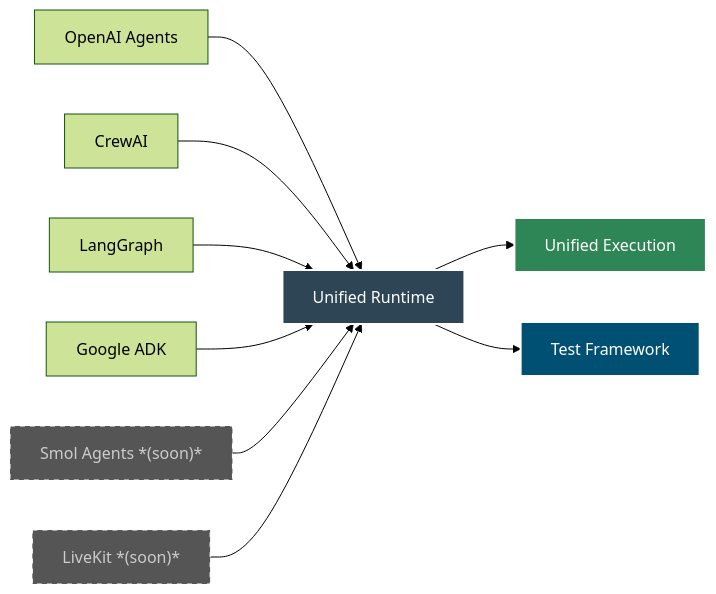
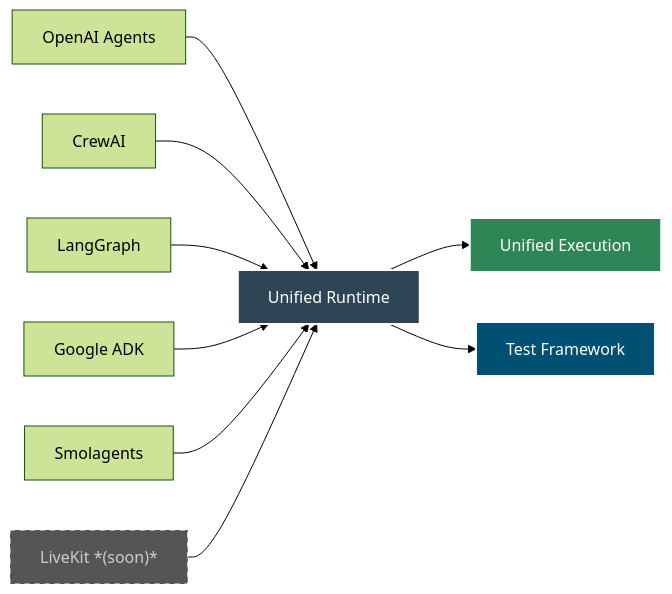
The first of 2 diagrams in docs/docs/intro.md (yaalalabs/agent-kernel), drawn with Mermaid (forest theme) before and after one commit. The commit also changed other lines of this file and 41 other files, not shown here.

````diff
--- a/docs/docs/intro.md
+++ b/docs/docs/intro.md
@@ -29,21 +31,20 @@
 ```mermaid
 ---
 config:
   layout: dagre
 ---
 flowchart LR
     B["Unified Runtime"] --> A["Unified Execution"]
     C["OpenAI Agents"] --> B
     D["CrewAI"] --> B
     E["LangGraph"] --> B
     F["Google ADK"] --> B
-    SA["Smol Agents *(soon)*"] --> B
+    SA["Smolagents"] --> B
     LK["LiveKit *(soon)*"] --> B
     G["Test Framework"]
     B --> G
     style A fill:#2e8555,stroke:#fff,stroke-width:2px,color:#fff
     style B fill:#2e4555,stroke:#fff,stroke-width:2px,color:#fff
     style G fill:#005073,stroke:#fff,stroke-width:2px,color:#fff
-    style SA fill:#555,stroke:#fff,stroke-width:1px,color:#ccc,stroke-dasharray: 5 5
     style LK fill:#555,stroke:#fff,stroke-width:1px,color:#ccc,stroke-dasharray: 5 5
 ```
````
